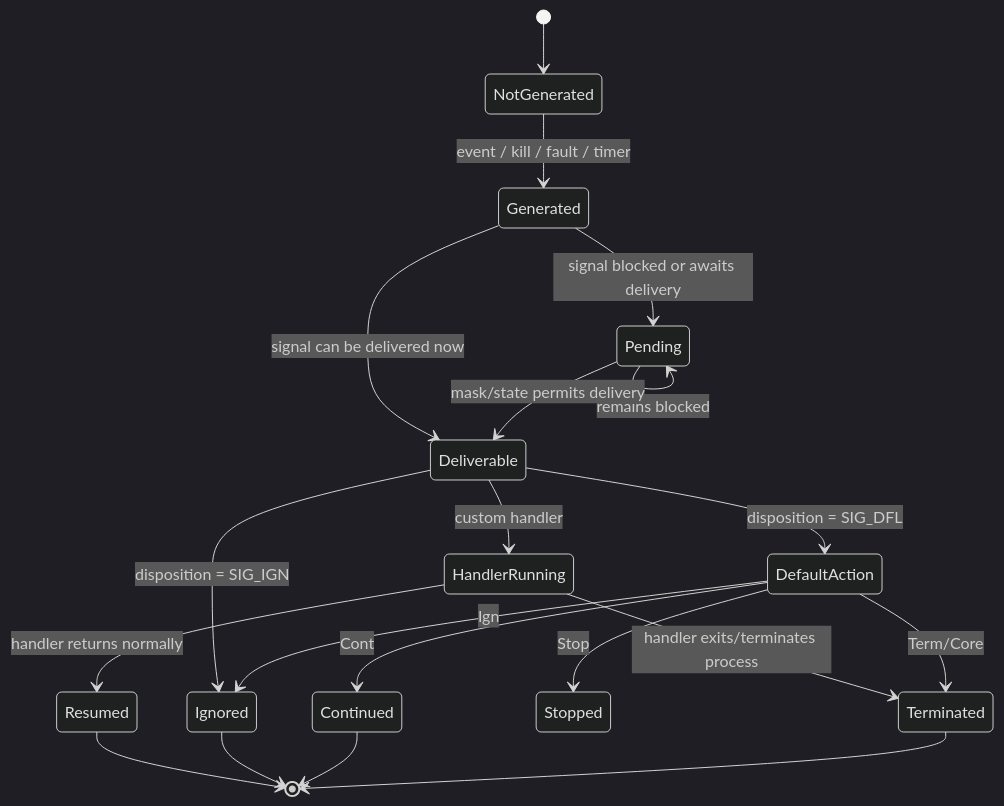
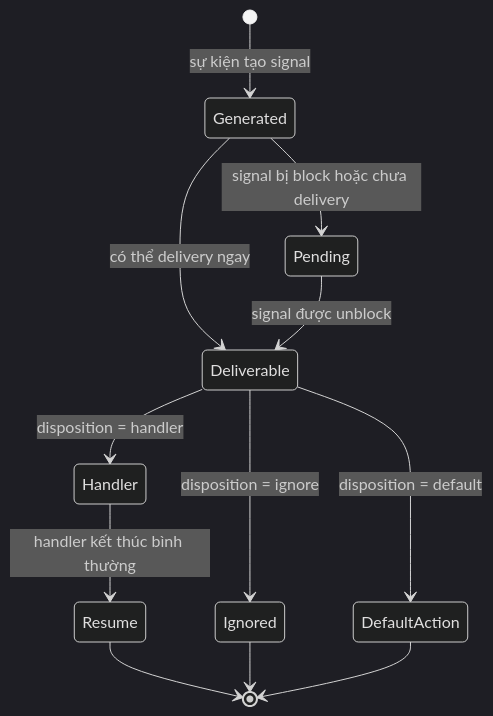
The diagram in phase-01/README-topic-05.md (hai-kevins/embedded-linux), drawn with Mermaid (dark theme) before and after one commit. The commit also changed other lines of this file and 9 other files, not shown here.

````diff
--- a/phase-01/README-topic-05.md
+++ b/phase-01/README-topic-05.md
@@ -1758,28 +154,14 @@
 ```mermaid
 stateDiagram-v2
-    [*] --> NotGenerated
-
-    NotGenerated --> Generated: event / kill / fault / timer
-    Generated --> Pending: signal blocked or awaits delivery
-    Generated --> Deliverable: signal can be delivered now
-
-    Pending --> Pending: remains blocked
-    Pending --> Deliverable: mask/state permits delivery
-
-    Deliverable --> Ignored: disposition = SIG_IGN
-    Deliverable --> DefaultAction: disposition = SIG_DFL
-    Deliverable --> HandlerRunning: custom handler
-
-    HandlerRunning --> Resumed: handler returns normally
-    HandlerRunning --> Terminated: handler exits/terminates process
-
-    DefaultAction --> Terminated: Term/Core
-    DefaultAction --> Stopped: Stop
-    DefaultAction --> Continued: Cont
-    DefaultAction --> Ignored: Ign
-
-    Resumed --> [*]
+    [*] --> Generated: sự kiện tạo signal
+    Generated --> Pending: signal bị block hoặc chưa delivery
+    Generated --> Deliverable: có thể delivery ngay
+    Pending --> Deliverable: signal được unblock
+    Deliverable --> Ignored: disposition = ignore
+    Deliverable --> Handler: disposition = handler
+    Deliverable --> DefaultAction: disposition = default
+    Handler --> Resume: handler kết thúc bình thường
+    Resume --> [*]
     Ignored --> [*]
-    Continued --> [*]
-    Terminated --> [*]
+    DefaultAction --> [*]
 ```
````
